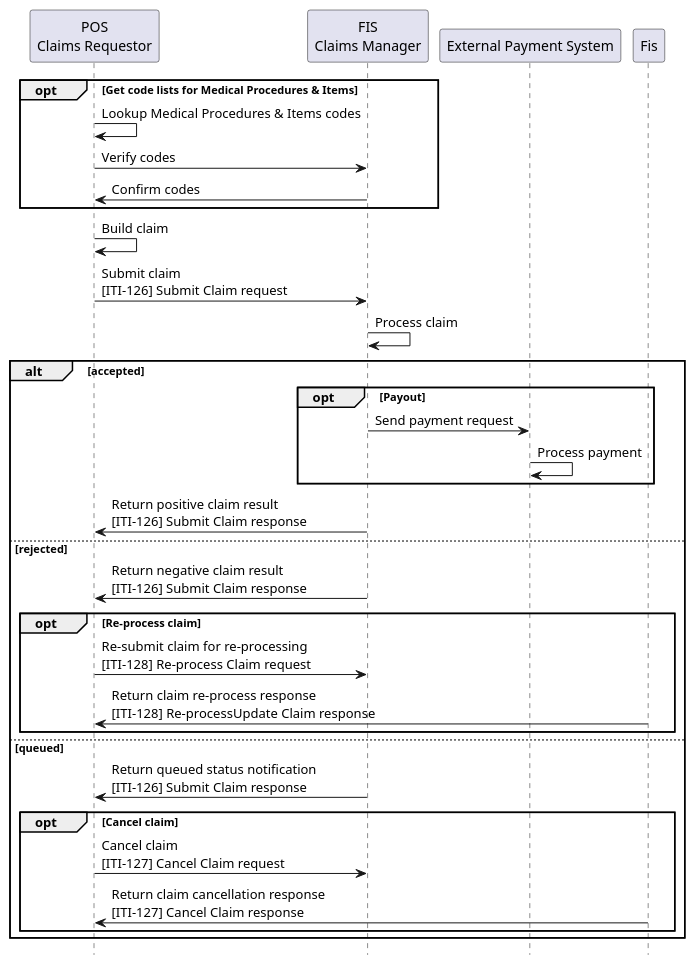
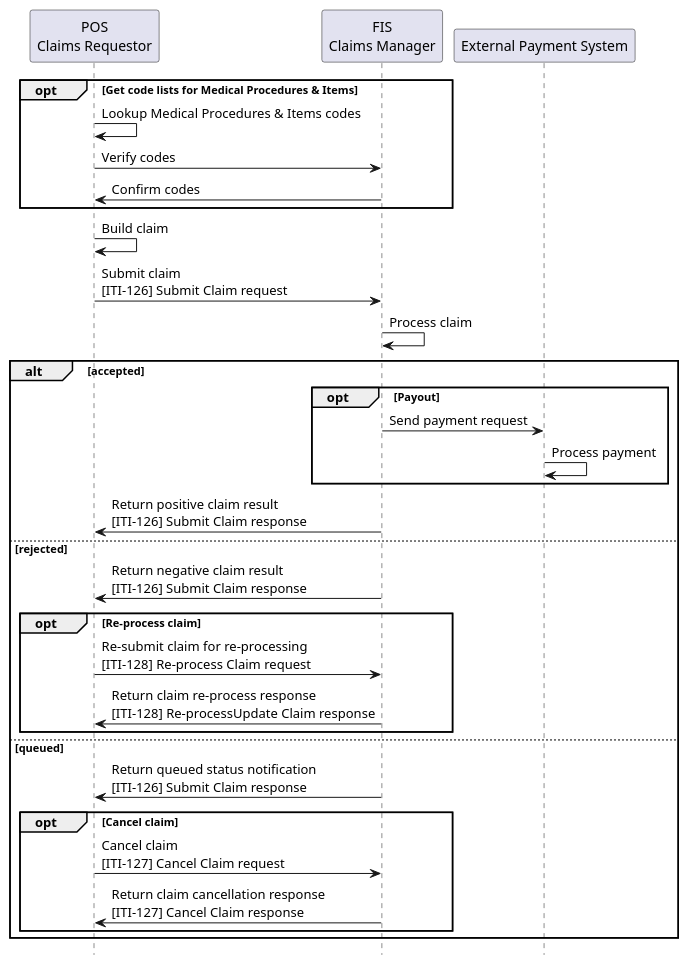
Before and after one commit to IHE/ITI.Finance: the diagram in input/images-source/usecase3-processflow.plantuml, drawn with PlantUML. The commit also changed 6 other files, not shown here.

Commit message:
Fixed typos in diagrams.  Changed query parameters sections to point to the tables in the capability statements to reduce duplication.

```diff
--- a/input/images-source/usecase3-processflow.plantuml
+++ b/input/images-source/usecase3-processflow.plantuml
@@ -1,40 +1,40 @@
 @startuml
 skinparam svgDimensionStyle false
 hide footbox
 
 participant "POS\nClaims Requestor" as App
 participant "FIS\nClaims Manager" as FIS
 participant "External Payment System" as EXT
 
 
 opt Get code lists for Medical Procedures & Items
 	App -> App: Lookup Medical Procedures & Items codes
 	App -> FIS: Verify codes
 	FIS -> App: Confirm codes
 end opt
  
 App -> App: Build claim
 App -> FIS: Submit claim\n&#91;ITI-126&#93; Submit Claim request
 FIS -> FIS: Process claim
 
 alt accepted
 	opt Payout
 		FIS->EXT: Send payment request
    	EXT->EXT: Process payment
 	end opt
 	FIS -> App: Return positive claim result\n&#91;ITI-126&#93; Submit Claim response
 else rejected
 	FIS -> App: Return negative claim result\n&#91;ITI-126&#93; Submit Claim response
 	opt Re-process claim
 		App -> FIS: Re-submit claim for re-processing\n&#91;ITI-128&#93; Re-process Claim request
-		Fis -> App: Return claim re-process response\n&#91;ITI-128&#93; Re-processUpdate Claim response
+		FIS -> App: Return claim re-process response\n&#91;ITI-128&#93; Re-processUpdate Claim response
 	end opt
 else queued
 	FIS -> App: Return queued status notification\n&#91;ITI-126&#93; Submit Claim response
 	opt Cancel claim
 		App -> FIS: Cancel claim\n&#91;ITI-127&#93; Cancel Claim request
-		Fis -> App: Return claim cancellation response\n&#91;ITI-127&#93; Cancel Claim response
+		FIS -> App: Return claim cancellation response\n&#91;ITI-127&#93; Cancel Claim response
 	end opt
 end
 
 @enduml
```
